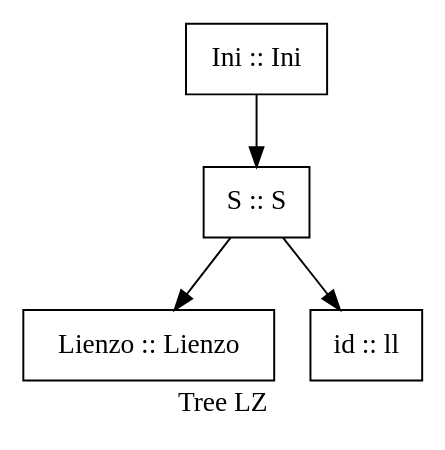
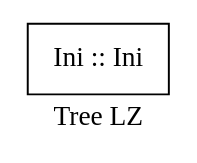
One commit to carlosgomezr/P1 changed the diagram in proyecto1Compi2/grafica.dot. Above: the diagram before and after it, drawn with Graphviz. The commit also changed 12 other files, not shown here.

```diff
--- a/proyecto1Compi2/grafica.dot
+++ b/proyecto1Compi2/grafica.dot
@@ -1,15 +1,6 @@
 digraph G { 
  label= "Tree LZ "node [shape=record]; 
  subgraph g {nodo1[label= "Ini
  :: Ini"]; 
-nodo1->nodo2;
-nodo2[label= "S
- :: S"]; 
-nodo2->nodo3;
-nodo2->nodo4;
-nodo3[label= "Lienzo
- :: Lienzo"]; 
-nodo4[label= "id
- :: ll"]; 
 }
  }
```
